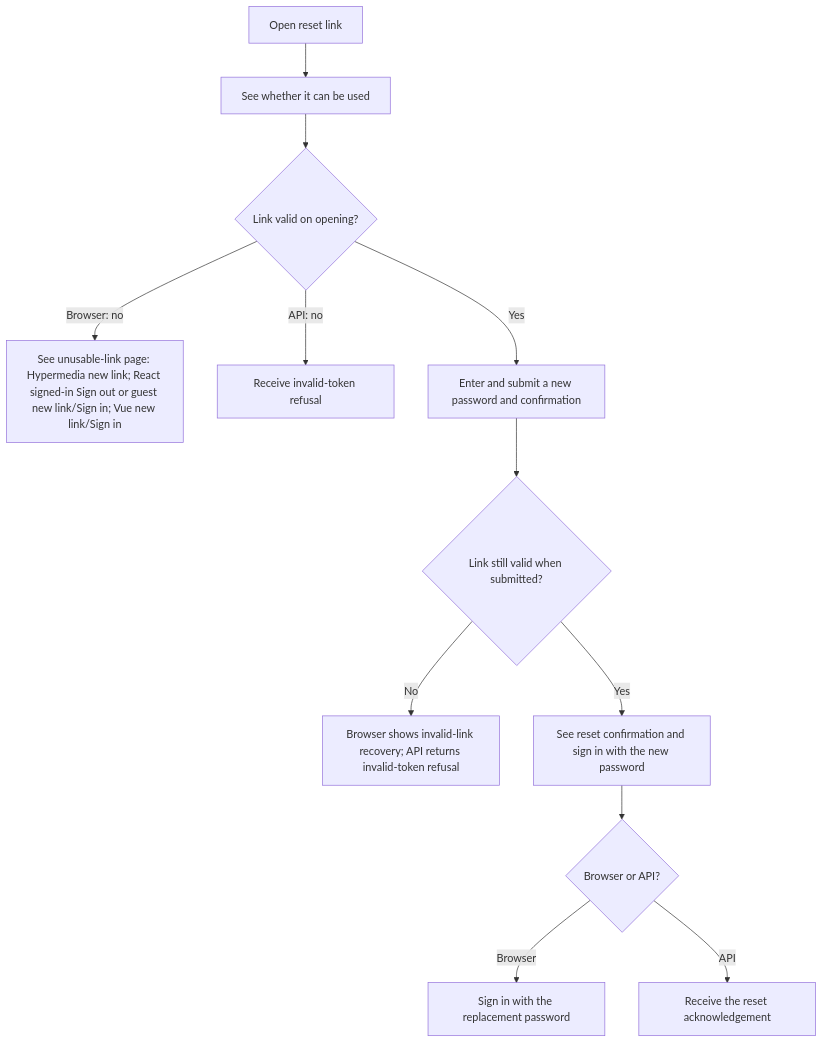
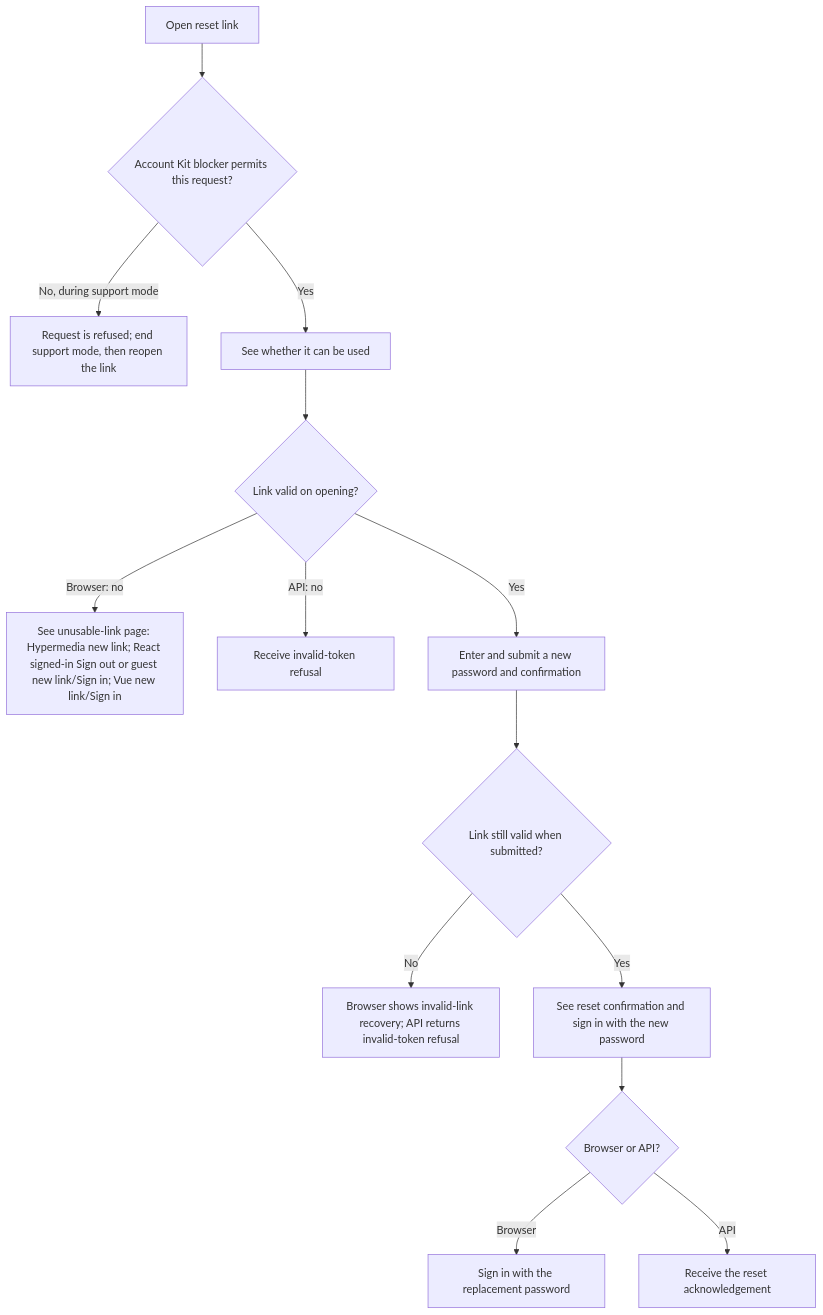
Before and after one commit to Kevinjohn/oss-adonisjs-starter-examples: the first of 2 diagrams in user-stories/accounts/us-account-09-complete-password-reset.md, drawn with Mermaid. The commit also changed other lines of this file and 12 other files, not shown here.

````diff
--- a/user-stories/accounts/us-account-09-complete-password-reset.md
+++ b/user-stories/accounts/us-account-09-complete-password-reset.md
@@ -29,14 +30,16 @@
 ```mermaid
 flowchart TD
-    A["Open reset link"] --> B["See whether it can be used"]
+    A["Open reset link"] --> Z{"Account Kit blocker permits this request?"}
+    Z -->|No, during support mode| Z1["Request is refused; end support mode, then reopen the link"]
+    Z -->|Yes| B["See whether it can be used"]
     B --> C{"Link valid on opening?"}
     C -->|Browser: no| D["See unusable-link page: Hypermedia new link; React signed-in Sign out or guest new link/Sign in; Vue new link/Sign in"]
     C -->|API: no| L["Receive invalid-token refusal"]
     C -->|Yes| E["Enter and submit a new password and confirmation"]
     E --> F{"Link still valid when submitted?"}
     F -->|No| G["Browser shows invalid-link recovery; API returns invalid-token refusal"]
     F -->|Yes| H["See reset confirmation and sign in with the new password"]
     H --> I{"Browser or API?"}
     I -->|Browser| J["Sign in with the replacement password"]
     I -->|API| K["Receive the reset acknowledgement"]
 ```
````
